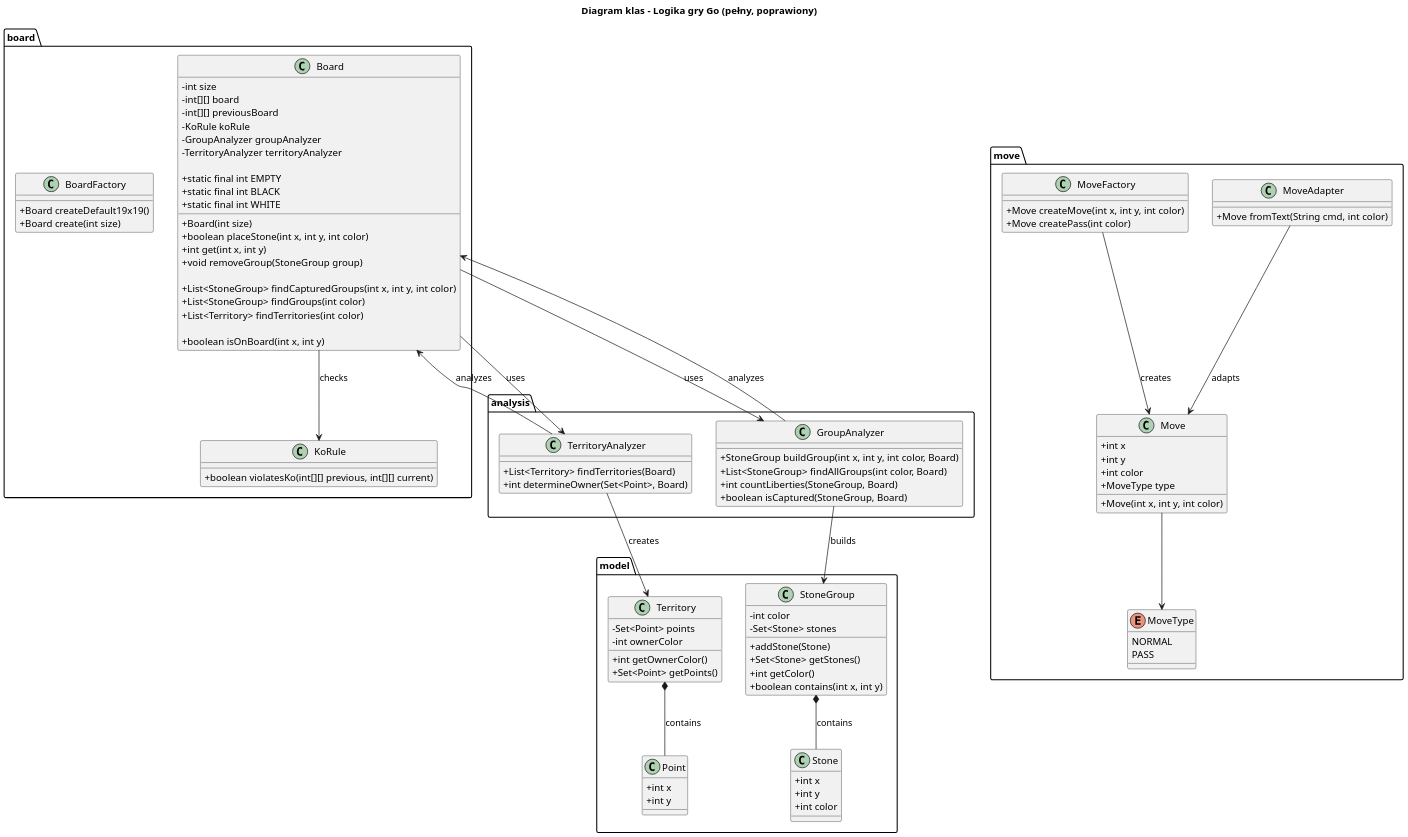
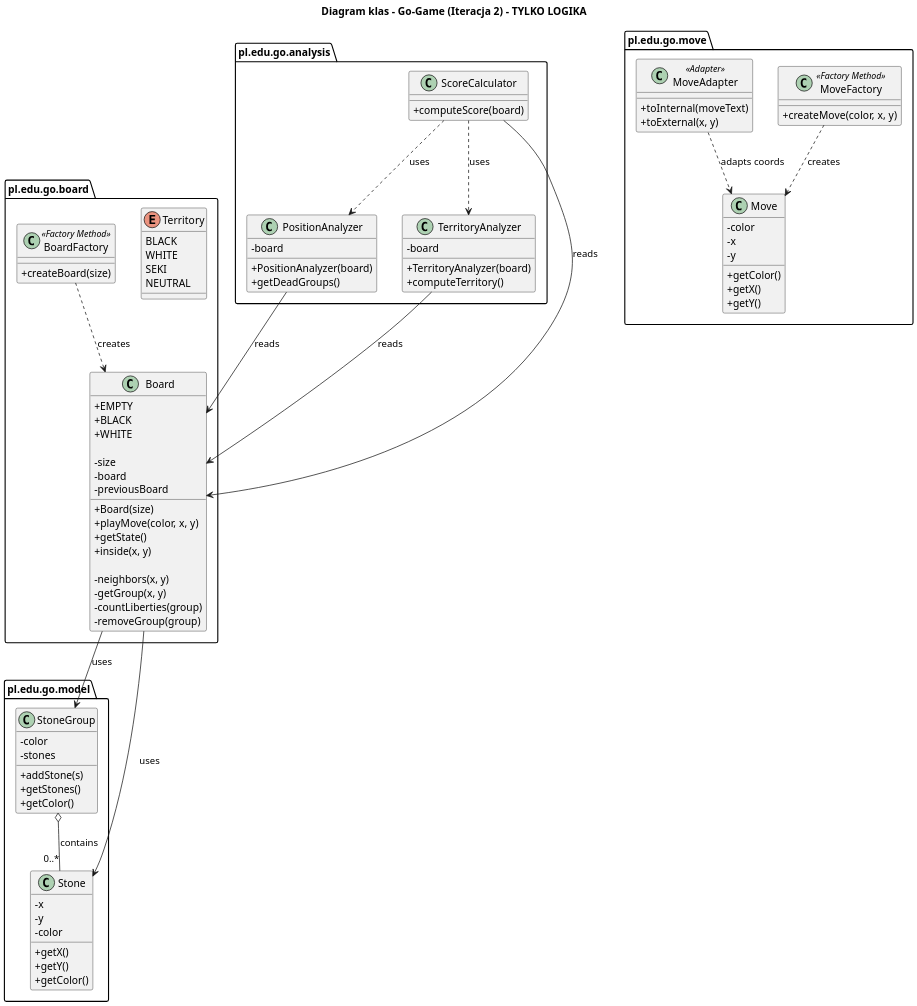
Before and after one commit to ptrthdr/go-game-iteration2: the diagram in src/main/java/pl/edu/go/boarduml.puml, drawn with PlantUML.

```diff
--- a/src/main/java/pl/edu/go/boarduml.puml
+++ b/src/main/java/pl/edu/go/boarduml.puml
@@ -1,134 +1,114 @@
 @startuml
 skinparam classAttributeIconSize 0
-skinparam dpi 150
-title Diagram klas – Logika gry Go (pełny, poprawiony)
+skinparam dpi 160
+title Diagram klas - Go-Game (Iteracja 2) - TYLKO LOGIKA
 
-package board {
+package "pl.edu.go.board" as board {
 
-    class Board {
-        - int size
-        - int[][] board
-        - int[][] previousBoard
-        - KoRule koRule
-        - GroupAnalyzer groupAnalyzer
-        - TerritoryAnalyzer territoryAnalyzer
+  enum Territory {
+    BLACK
+    WHITE
+    SEKI
+    NEUTRAL
+  }
 
-        + static final int EMPTY
-        + static final int BLACK
-        + static final int WHITE
+  class Board {
+    + EMPTY
+    + BLACK
+    + WHITE
 
-        + Board(int size)
-        + boolean placeStone(int x, int y, int color)
-        + int get(int x, int y)
-        + void removeGroup(StoneGroup group)
+    - size
+    - board
+    - previousBoard
 
-        + List<StoneGroup> findCapturedGroups(int x, int y, int color)
-        + List<StoneGroup> findGroups(int color)
-        + List<Territory> findTerritories(int color)
+    + Board(size)
+    + playMove(color, x, y)
+    + getState()
+    + inside(x, y)
 
-        + boolean isOnBoard(int x, int y)
-    }
+    - neighbors(x, y)
+    - getGroup(x, y)
+    - countLiberties(group)
+    - removeGroup(group)
+  }
 
-    class BoardFactory {
-        + Board createDefault19x19()
-        + Board create(int size)
-    }
-
-    class KoRule {
-        + boolean violatesKo(int[][] previous, int[][] current)
-    }
+  class BoardFactory <<Factory Method>> {
+    + createBoard(size)
+  }
 }
 
-package analysis {
+package "pl.edu.go.model" as model {
 
-    class GroupAnalyzer {
-        + StoneGroup buildGroup(int x, int y, int color, Board)
-        + List<StoneGroup> findAllGroups(int color, Board)
-        + int countLiberties(StoneGroup, Board)
-        + boolean isCaptured(StoneGroup, Board)
-    }
+  class Stone {
+    - x
+    - y
+    - color
+    + getX()
+    + getY()
+    + getColor()
+  }
 
-    class TerritoryAnalyzer {
-        + List<Territory> findTerritories(Board)
-        + int determineOwner(Set<Point>, Board)
-    }
+  class StoneGroup {
+    - color
+    - stones
+    + addStone(s)
+    + getStones()
+    + getColor()
+  }
 }
 
-package model {
+package "pl.edu.go.move" as move {
 
-    class Point {
-        + int x
-        + int y
-    }
+  class Move {
+    - color
+    - x
+    - y
+    + getColor()
+    + getX()
+    + getY()
+  }
 
-    class Stone {
-        + int x
-        + int y
-        + int color
-    }
+  class MoveFactory <<Factory Method>> {
+    + createMove(color, x, y)
+  }
 
-    class StoneGroup {
-        - int color
-        - Set<Stone> stones
-
-        + addStone(Stone)
-        + Set<Stone> getStones()
-        + int getColor()
-        + boolean contains(int x, int y)
-    }
-
-    class Territory {
-        - Set<Point> points
-        - int ownerColor
-
-        + int getOwnerColor()
-        + Set<Point> getPoints()
-    }
+  class MoveAdapter <<Adapter>> {
+    + toInternal(moveText)
+    + toExternal(x, y)
+  }
 }
 
-package move {
+package "pl.edu.go.analysis" as analysis {
 
-    class Move {
-        + int x
-        + int y
-        + int color
-        + MoveType type
+  class PositionAnalyzer {
+    - board
+    + PositionAnalyzer(board)
+    + getDeadGroups()
+  }
 
-        + Move(int x, int y, int color)
-    }
+  class TerritoryAnalyzer {
+    - board
+    + TerritoryAnalyzer(board)
+    + computeTerritory()
+  }
 
-    enum MoveType {
-        NORMAL
-        PASS
-    }
-
-    class MoveAdapter {
-        + Move fromText(String cmd, int color)
-    }
-
-    class MoveFactory {
-        + Move createMove(int x, int y, int color)
-        + Move createPass(int color)
-    }
+  class ScoreCalculator {
+    + computeScore(board)
+  }
 }
 
-' ===== RELACJE =====
+board.Board --> model.Stone : uses
+board.Board --> model.StoneGroup : uses
+model.StoneGroup o-- "0..*" model.Stone : contains
+board.BoardFactory ..> board.Board : creates
 
-Board --> KoRule : checks
-Board --> GroupAnalyzer : uses
-Board --> TerritoryAnalyzer : uses
+move.MoveFactory ..> move.Move : creates
+move.MoveAdapter ..> move.Move : adapts coords
 
-GroupAnalyzer --> StoneGroup : builds
-GroupAnalyzer --> Board : analyzes
-
-TerritoryAnalyzer --> Territory : creates
-TerritoryAnalyzer --> Board : analyzes
-
-StoneGroup *-- Stone : contains
-Territory *-- Point : contains
-
-Move --> MoveType
-MoveAdapter --> Move : adapts
-MoveFactory --> Move : creates
+analysis.PositionAnalyzer --> board.Board : reads
+analysis.TerritoryAnalyzer --> board.Board : reads
+analysis.ScoreCalculator ..> analysis.PositionAnalyzer : uses
+analysis.ScoreCalculator ..> analysis.TerritoryAnalyzer : uses
+analysis.ScoreCalculator --> board.Board : reads
 
 @enduml
```
